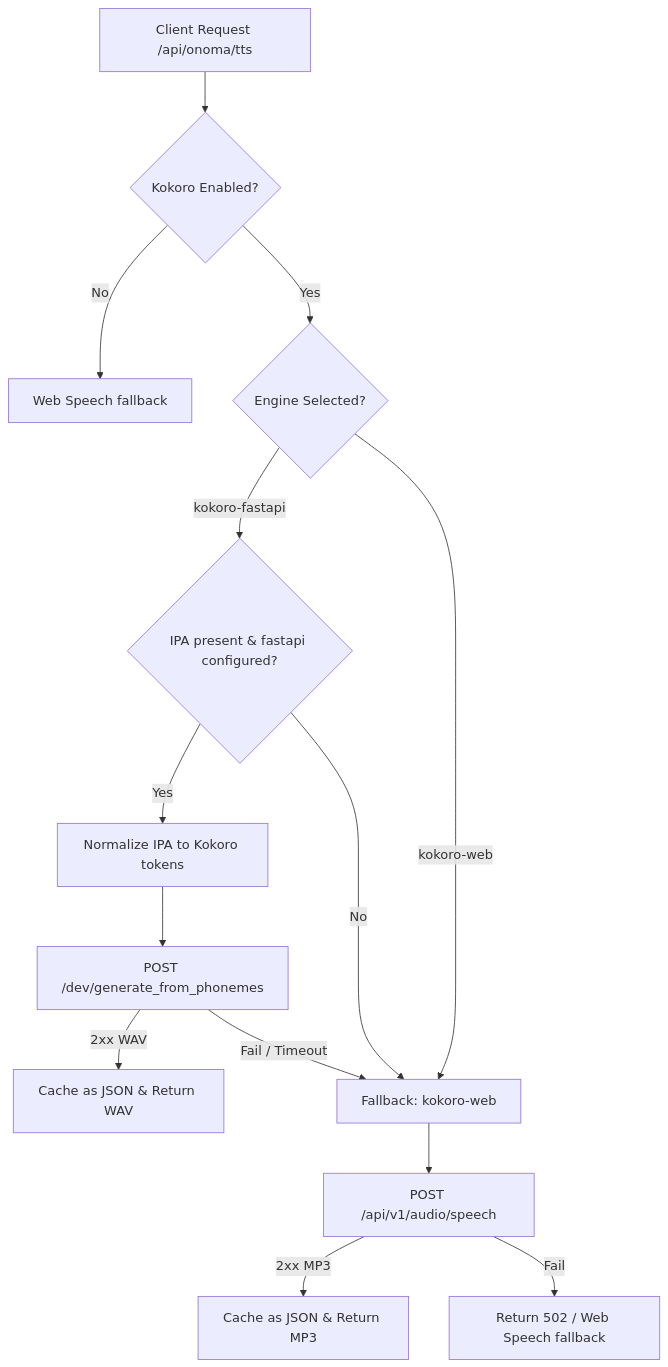
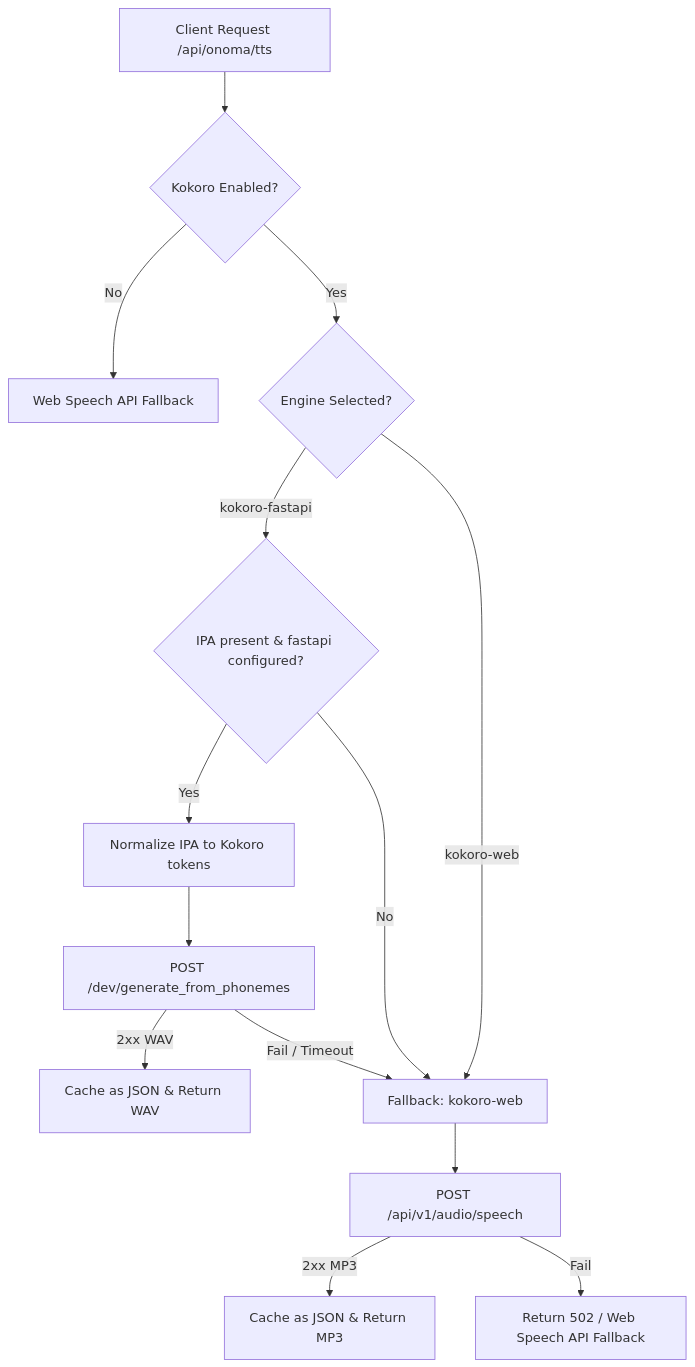
One commit to algolds/ixstats changed the diagram in docs/systems/onoma-voice-guide.md. Above: the diagram before and after it, drawn with Mermaid. The commit also changed other lines of this file and 71 other files, not shown here.

````diff
--- a/docs/systems/onoma-voice-guide.md
+++ b/docs/systems/onoma-voice-guide.md
@@ -11,16 +15,16 @@
 ```mermaid
 graph TD
     A[Client Request /api/onoma/tts] --> B{Kokoro Enabled?}
-    B -->|No| C[Web Speech fallback]
+    B -->|No| C[Web Speech API Fallback]
     B -->|Yes| D{Engine Selected?}
     D -->|kokoro-fastapi| E{IPA present & fastapi configured?}
     E -->|Yes| F[Normalize IPA to Kokoro tokens]
     F --> G[POST /dev/generate_from_phonemes]
     G -->|2xx WAV| H[Cache as JSON & Return WAV]
     G -->|Fail / Timeout| I[Fallback: kokoro-web]
     E -->|No| I
     D -->|kokoro-web| I
     I --> J[POST /api/v1/audio/speech]
     J -->|2xx MP3| K[Cache as JSON & Return MP3]
-    J -->|Fail| L[Return 502 / Web Speech fallback]
+    J -->|Fail| L[Return 502 / Web Speech API Fallback]
 ```
````
